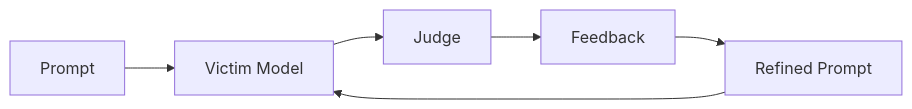
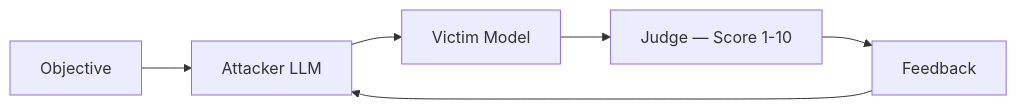
Before and after one commit to Hcxgraphics/JailBreak-AI: the second of 3 diagrams in README.md, drawn with Mermaid. The commit also changed other lines of this file, not shown here.

````diff
--- a/README.md
+++ b/README.md
@@ -66,8 +69,8 @@
 ```mermaid
 flowchart LR
-    A[Prompt] --> B[Victim Model]
-    B --> C[Judge]
-    C --> D[Feedback]
-    D --> E[Refined Prompt]
+    A[Objective] --> B[Attacker LLM]
+    B --> C[Victim Model]
+    C --> D[Judge — Score 1-10]
+    D --> E[Feedback]
     E --> B
 ```
````
